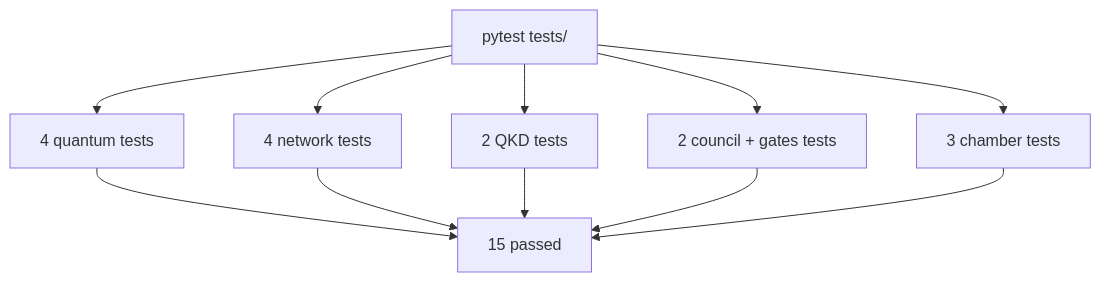
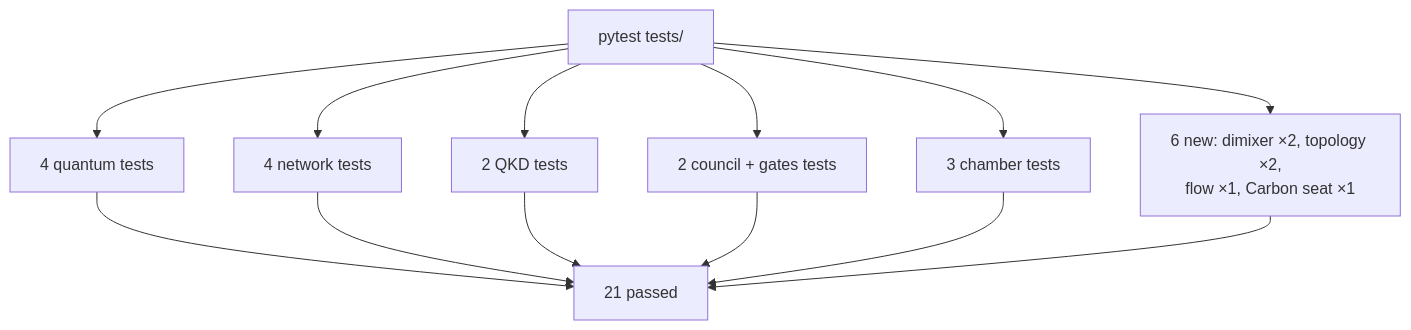
Before and after one commit to kimanicollier44-cmyk/Q6G-1TB: diagram 15 of 15 in README.md, drawn with Mermaid. The commit also changed other lines of this file and 9 other files, not shown here.

Commit message:
Q6G-1TB v1.2.0: merge DI-MIXER + topology + Google Flow + Gemini Carbon 4 / Muse full seats - gates 16, pytest 21, CHECKS 24/24

````diff
--- a/README.md
+++ b/README.md
@@ -395,13 +462,15 @@
 ```mermaid
 flowchart TD
     A[pytest tests/] --> B[4 quantum tests]
     A --> C[4 network tests]
     A --> D[2 QKD tests]
     A --> E[2 council + gates tests]
     A --> F[3 chamber tests]
-    B --> G[15 passed]
+    A --> J[6 new: dimixer ×2, topology ×2,<br/>flow ×1, Carbon seat ×1]
+    B --> G[21 passed]
     C --> G
     D --> G
     E --> G
     F --> G
+    J --> G
 ```
````
